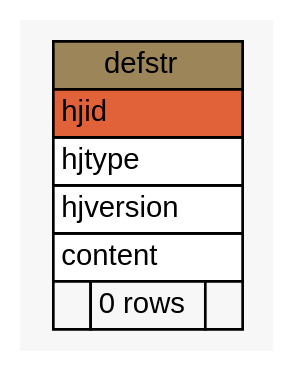
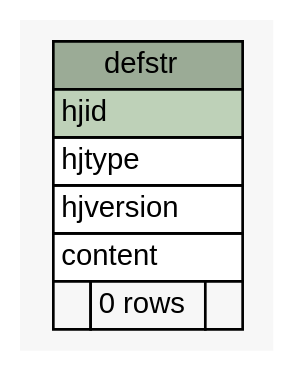
Before and after one commit to lmu-bioinformatics/xmlpipedb: the diagram in site/jekyll/assets/schemaspy/gmbuilderdb/diagrams/summary/defstr.1degree.dot, drawn with Graphviz. The commit also changed 1451 other files, not shown here.

Commit message:
New SchemaSpy Results

```diff
--- a/site/jekyll/assets/schemaspy/gmbuilderdb/diagrams/summary/defstr.1degree.dot
+++ b/site/jekyll/assets/schemaspy/gmbuilderdb/diagrams/summary/defstr.1degree.dot
@@ -1,33 +1,33 @@
-// dot 2.22.2 on Windows Vista 6.0
-// SchemaSpy rev 536
+// dot 2.38.0 on Windows 8.1 6.3
+// SchemaSpy rev 590
 digraph "defstr" {
   graph [
     rankdir="RL"
     bgcolor="#f7f7f7"
     nodesep="0.18"
     ranksep="0.46"
     fontname="Helvetica"
     fontsize="11"
   ];
   node [
     fontname="Helvetica"
     fontsize="11"
     shape="plaintext"
   ];
   edge [
     arrowsize="0.8"
   ];
   "defstr" [
     label=<
     <TABLE BORDER="0" CELLBORDER="1" CELLSPACING="0" BGCOLOR="#ffffff">
-      <TR><TD COLSPAN="3" BGCOLOR="#9b8559" ALIGN="CENTER">defstr</TD></TR>
-      <TR><TD PORT="hjid" COLSPAN="3" BGCOLOR="#e16239" ALIGN="LEFT">hjid</TD></TR>
+      <TR><TD COLSPAN="3" BGCOLOR="#9bab96" ALIGN="CENTER">defstr</TD></TR>
+      <TR><TD PORT="hjid" COLSPAN="3" BGCOLOR="#bed1b8" ALIGN="LEFT">hjid</TD></TR>
       <TR><TD PORT="hjtype" COLSPAN="3" ALIGN="LEFT">hjtype</TD></TR>
       <TR><TD PORT="hjversion" COLSPAN="3" ALIGN="LEFT">hjversion</TD></TR>
       <TR><TD PORT="content" COLSPAN="3" ALIGN="LEFT">content</TD></TR>
       <TR><TD ALIGN="LEFT" BGCOLOR="#f7f7f7">  </TD><TD ALIGN="RIGHT" BGCOLOR="#f7f7f7">0 rows</TD><TD ALIGN="RIGHT" BGCOLOR="#f7f7f7">  </TD></TR>
     </TABLE>>
     URL="tables/defstr.html"
     tooltip="defstr"
   ];
 }
```
